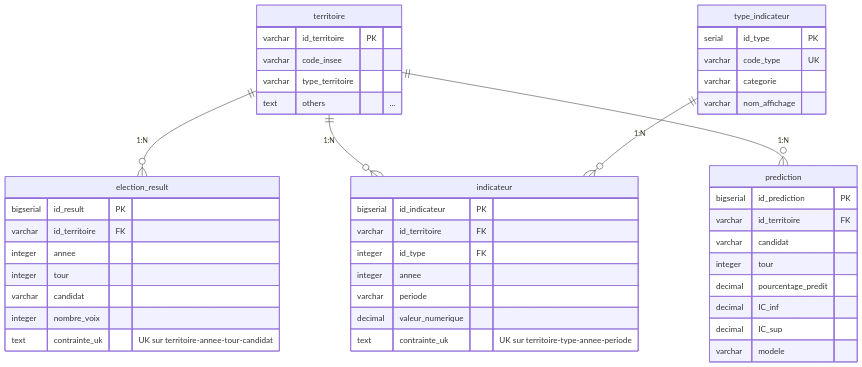
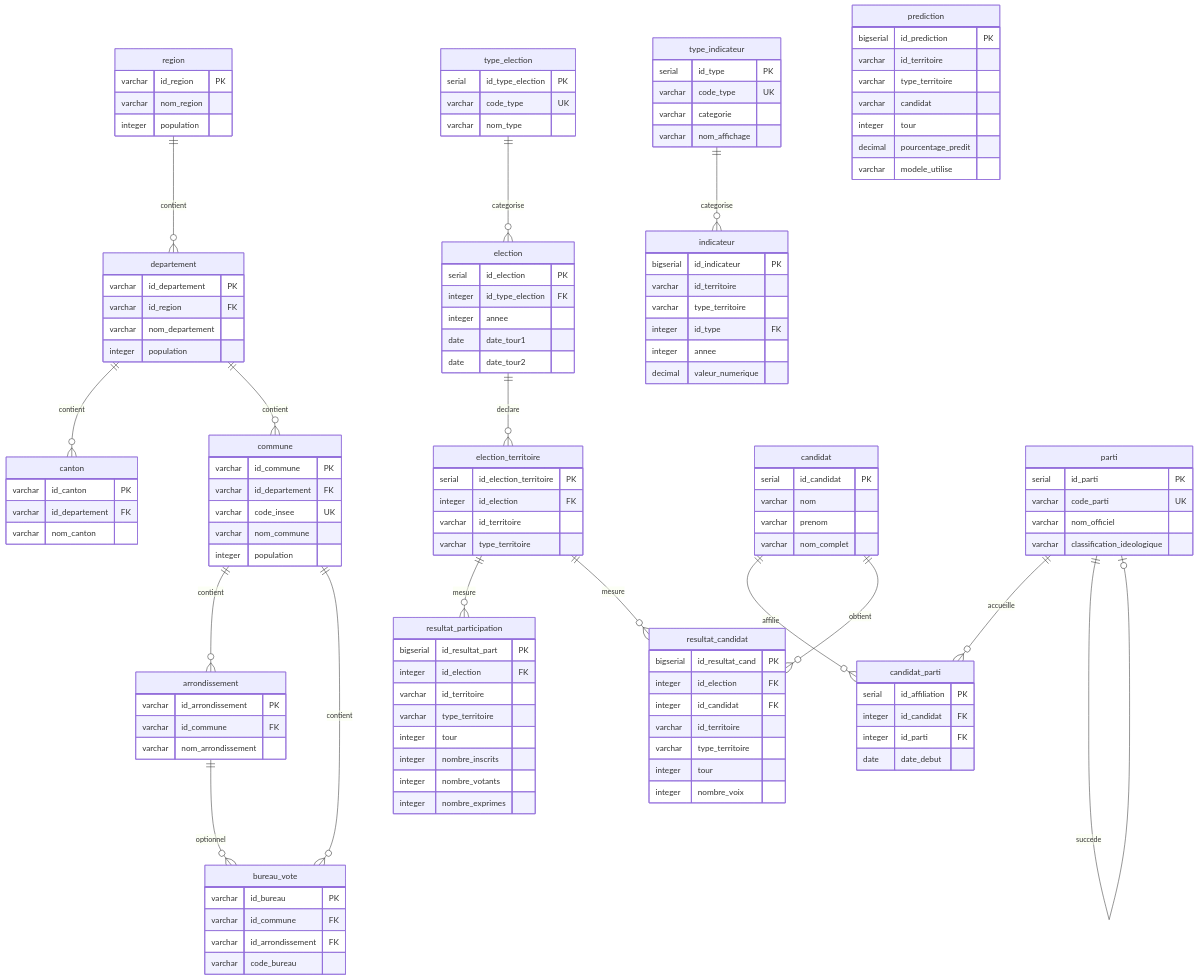
One commit to Sam-rst/EPSI_M1_MSPR-Groupe_RYMS changed the diagram in docs/02-architecture/database/02-mld.md. Above: the diagram before and after it, drawn with Mermaid. The commit also changed other lines of this file and 21 other files, not shown here.

````diff
--- a/docs/02-architecture/database/02-mld.md
+++ b/docs/02-architecture/database/02-mld.md
@@ -282,15 +26,125 @@
 ```mermaid
 erDiagram
-    territoire ||--o{ election_result : "1:N"
-    territoire ||--o{ indicateur : "1:N"
-    territoire ||--o{ prediction : "1:N"
-    type_indicateur ||--o{ indicateur : "1:N"
+    region ||--o{ departement : "contient"
+    departement ||--o{ canton : "contient"
+    departement ||--o{ commune : "contient"
+    commune ||--o{ arrondissement : "contient"
+    commune ||--o{ bureau_vote : "contient"
+    arrondissement ||--o{ bureau_vote : "optionnel"
 
-    territoire {
-        varchar id_territoire PK
-        varchar code_insee
+    type_election ||--o{ election : "categorise"
+    election ||--o{ election_territoire : "declare"
+    election_territoire ||--o{ resultat_participation : "mesure"
+    election_territoire ||--o{ resultat_candidat : "mesure"
+
+    candidat ||--o{ candidat_parti : "affilie"
+    parti ||--o{ candidat_parti : "accueille"
+    candidat ||--o{ resultat_candidat : "obtient"
+    parti ||--o| parti : "succede"
+
+    type_indicateur ||--o{ indicateur : "categorise"
+
+    region {
+        varchar id_region PK
+        varchar nom_region
+        integer population
+    }
+
+    departement {
+        varchar id_departement PK
+        varchar id_region FK
+        varchar nom_departement
+        integer population
+    }
+
+    commune {
+        varchar id_commune PK
+        varchar id_departement FK
+        varchar code_insee UK
+        varchar nom_commune
+        integer population
+    }
+
+    canton {
+        varchar id_canton PK
+        varchar id_departement FK
+        varchar nom_canton
+    }
+
+    arrondissement {
+        varchar id_arrondissement PK
+        varchar id_commune FK
+        varchar nom_arrondissement
+    }
+
+    bureau_vote {
+        varchar id_bureau PK
+        varchar id_commune FK
+        varchar id_arrondissement FK
+        varchar code_bureau
+    }
+
+    type_election {
+        serial id_type_election PK
+        varchar code_type UK
+        varchar nom_type
+    }
+
+    election {
+        serial id_election PK
+        integer id_type_election FK
+        integer annee
+        date date_tour1
+        date date_tour2
+    }
+
+    election_territoire {
+        serial id_election_territoire PK
+        integer id_election FK
+        varchar id_territoire
         varchar type_territoire
-        text others "..."
+    }
+
+    resultat_participation {
+        bigserial id_resultat_part PK
+        integer id_election FK
+        varchar id_territoire
+        varchar type_territoire
+        integer tour
+        integer nombre_inscrits
+        integer nombre_votants
+        integer nombre_exprimes
+    }
+
+    resultat_candidat {
+        bigserial id_resultat_cand PK
+        integer id_election FK
+        integer id_candidat FK
+        varchar id_territoire
+        varchar type_territoire
+        integer tour
+        integer nombre_voix
+    }
+
+    candidat {
+        serial id_candidat PK
+        varchar nom
+        varchar prenom
+        varchar nom_complet
+    }
+
+    parti {
+        serial id_parti PK
+        varchar code_parti UK
+        varchar nom_officiel
+        varchar classification_ideologique
+    }
+
+    candidat_parti {
+        serial id_affiliation PK
+        integer id_candidat FK
+        integer id_parti FK
+        date date_debut
     }
 
     type_indicateur {
@@ -302,32 +156,20 @@
 
     indicateur {
         bigserial id_indicateur PK
-        varchar id_territoire FK
+        varchar id_territoire
+        varchar type_territoire
         integer id_type FK
         integer annee
-        varchar periode
         decimal valeur_numerique
-        text contrainte_uk "UK sur territoire-type-annee-periode"
-    }
-
-    election_result {
-        bigserial id_result PK
-        varchar id_territoire FK
-        integer annee
-        integer tour
-        varchar candidat
-        integer nombre_voix
-        text contrainte_uk "UK sur territoire-annee-tour-candidat"
     }
 
     prediction {
         bigserial id_prediction PK
-        varchar id_territoire FK
+        varchar id_territoire
+        varchar type_territoire
         varchar candidat
         integer tour
         decimal pourcentage_predit
-        decimal IC_inf
-        decimal IC_sup
-        varchar modele
+        varchar modele_utilise
     }
 ```
````
